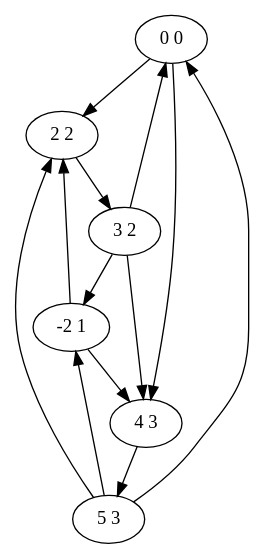
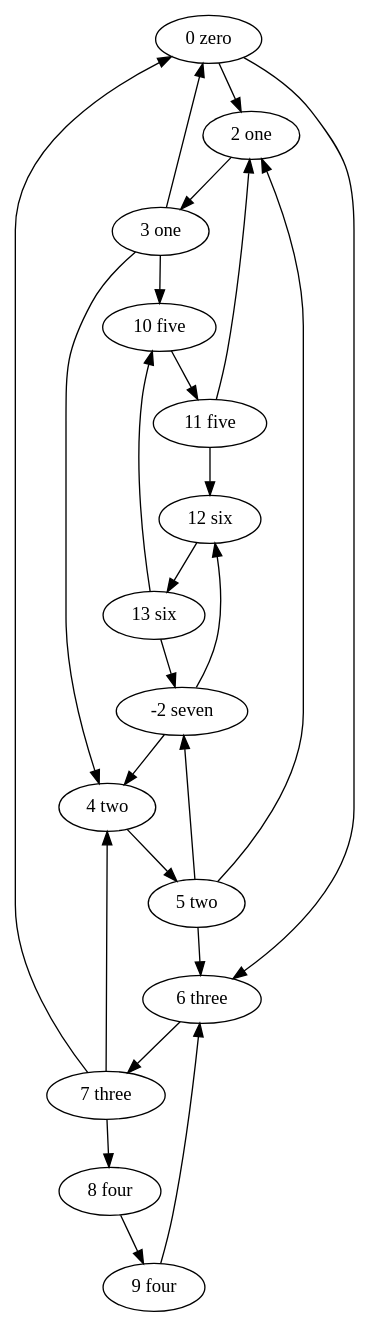
One commit to Xel4ek/lem_in changed the diagram in 1.gv. Above: the diagram before and after it, drawn with Graphviz. The commit also changed 223 other files, not shown here.

Commit message:
work, /TODO add print graph add viz add some

```diff
--- a/1.gv
+++ b/1.gv
@@ -1,20 +1,40 @@
 digraph 4 {
-	"0 0";
-	"3 2";
-	"2 2";
-	"5 3";
-	"4 3";
-	"-2 1";
-	"5 3" -> "0 0";
-	"3 2" -> "0 0";
-	"2 2" -> "3 2";
-	"5 3" -> "2 2";
-	"-2 1" -> "2 2";
-	"0 0" -> "2 2";
-	"4 3" -> "5 3";
-	"0 0" -> "4 3";
-	"3 2" -> "4 3";
-	"-2 1" -> "4 3";
-	"3 2" -> "-2 1";
-	"5 3" -> "-2 1";
+	"0 zero";
+	"3 one";
+	"2 one";
+	"5 two";
+	"4 two";
+	"7 three";
+	"6 three";
+	"9 four";
+	"8 four";
+	"11 five";
+	"10 five";
+	"13 six";
+	"12 six";
+	"-2 seven";
+	"3 one" -> "0 zero";
+	"7 three" -> "0 zero";
+	"2 one" -> "3 one";
+	"0 zero" -> "2 one";
+	"5 two" -> "2 one";
+	"11 five" -> "2 one";
+	"4 two" -> "5 two";
+	"7 three" -> "4 two";
+	"-2 seven" -> "4 two";
+	"3 one" -> "4 two";
+	"6 three" -> "7 three";
+	"0 zero" -> "6 three";
+	"5 two" -> "6 three";
+	"9 four" -> "6 three";
+	"8 four" -> "9 four";
+	"7 three" -> "8 four";
+	"10 five" -> "11 five";
+	"13 six" -> "10 five";
+	"3 one" -> "10 five";
+	"12 six" -> "13 six";
+	"-2 seven" -> "12 six";
+	"11 five" -> "12 six";
+	"5 two" -> "-2 seven";
+	"13 six" -> "-2 seven";
 	}
```
